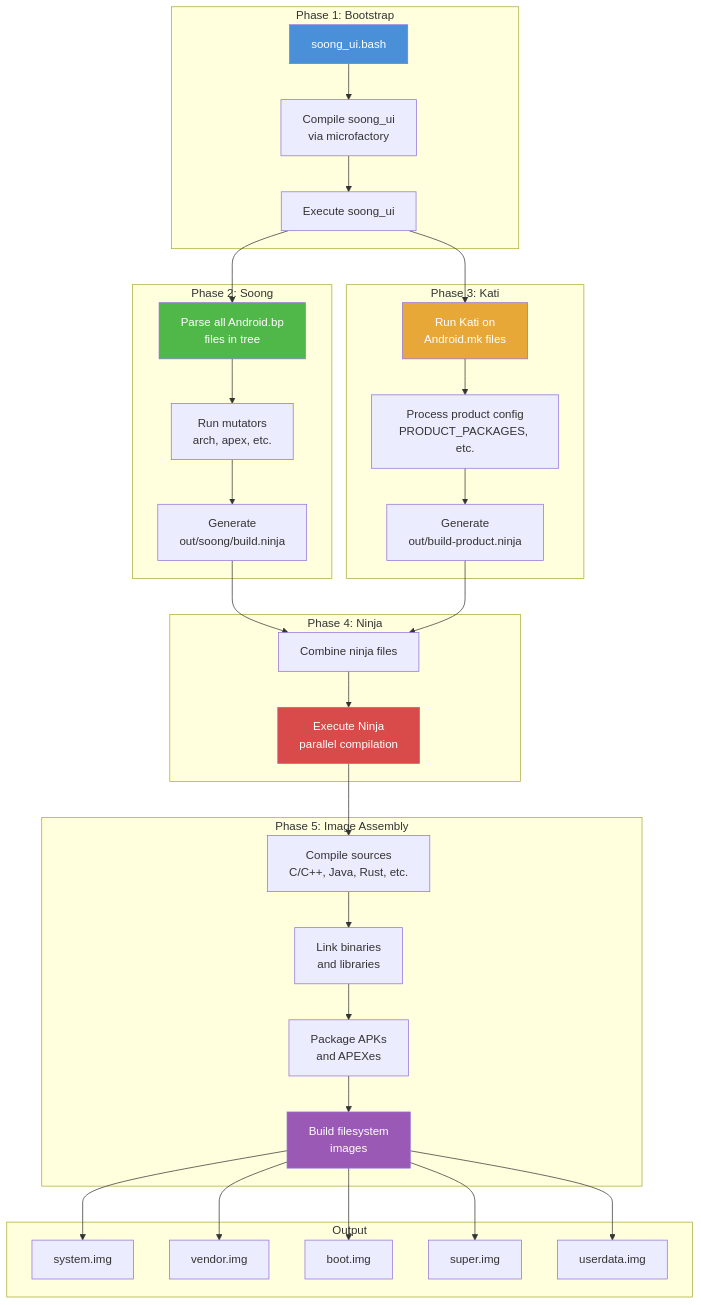
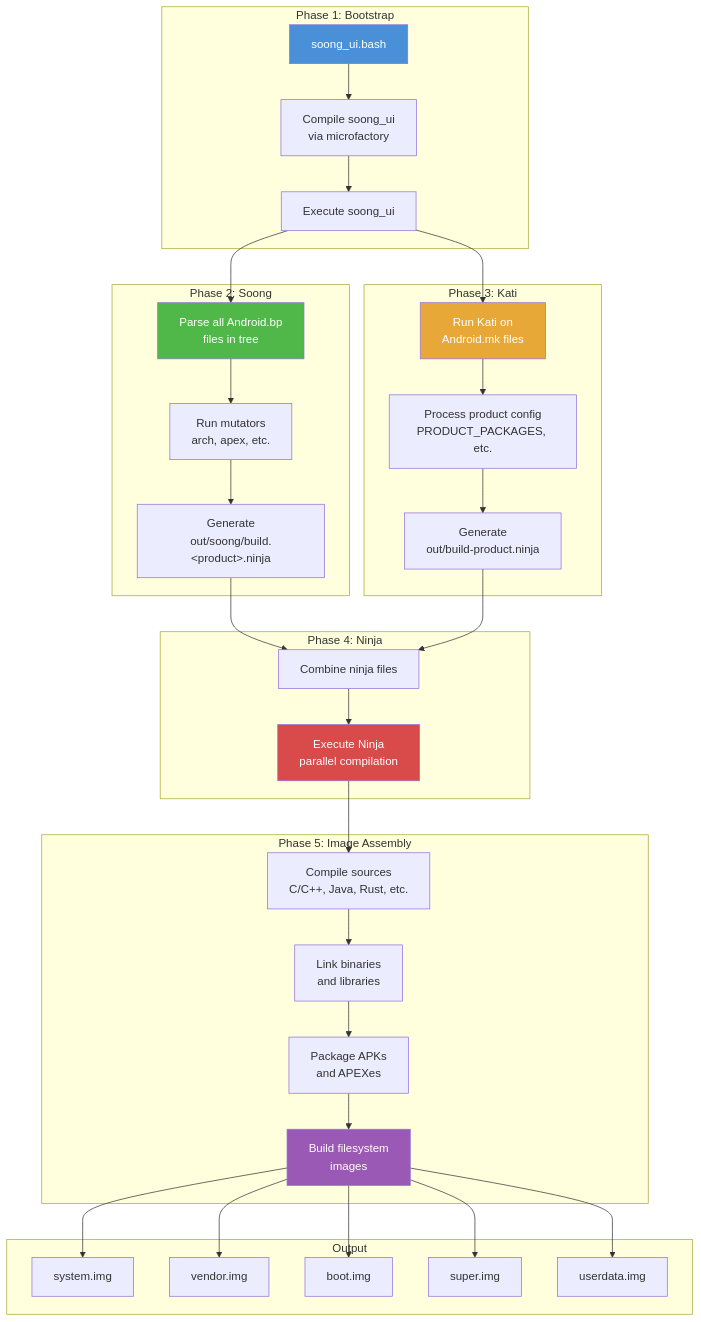
Before and after one commit to aospbooks/aosp-internal-book: the eighth of 19 diagrams in agents/claude/skills/aosp-getting-started/02-source-and-build.md, drawn with Mermaid. The commit also changed other lines of this file and 218 other files, not shown here.

````diff
--- a/agents/claude/skills/aosp-getting-started/02-source-and-build.md
+++ b/agents/claude/skills/aosp-getting-started/02-source-and-build.md
@@ -2362,46 +2379,46 @@
 ```mermaid
 graph TB
     subgraph "Phase 1: Bootstrap"
         A[soong_ui.bash] --> B["Compile soong_ui<br/>via microfactory"]
         B --> C[Execute soong_ui]
     end
 
     subgraph "Phase 2: Soong"
         C --> D["Parse all Android.bp<br/>files in tree"]
         D --> E["Run mutators<br/>arch, apex, etc."]
-        E --> F["Generate<br/>out/soong/build.ninja"]
+        E --> F["Generate<br/>out/soong/build.&lt;product&gt;.ninja"]
     end
 
     subgraph "Phase 3: Kati"
         C --> G["Run Kati on<br/>Android.mk files"]
         G --> H["Process product config<br/>PRODUCT_PACKAGES, etc."]
         H --> I["Generate<br/>out/build-product.ninja"]
     end
 
     subgraph "Phase 4: Ninja"
         F --> J[Combine ninja files]
         I --> J
         J --> K["Execute Ninja<br/>parallel compilation"]
     end
 
     subgraph "Phase 5: Image Assembly"
         K --> L["Compile sources<br/>C/C++, Java, Rust, etc."]
         L --> M["Link binaries<br/>and libraries"]
         M --> N["Package APKs<br/>and APEXes"]
         N --> O["Build filesystem<br/>images"]
     end
 
     subgraph "Output"
         O --> P[system.img]
         O --> Q[vendor.img]
         O --> R[boot.img]
         O --> S[super.img]
         O --> T[userdata.img]
     end
 
     style A fill:#4a90d9,color:#fff
     style D fill:#50b848,color:#fff
     style G fill:#e8a838,color:#fff
     style K fill:#d94a4a,color:#fff
     style O fill:#9b59b6,color:#fff
 ```
````
